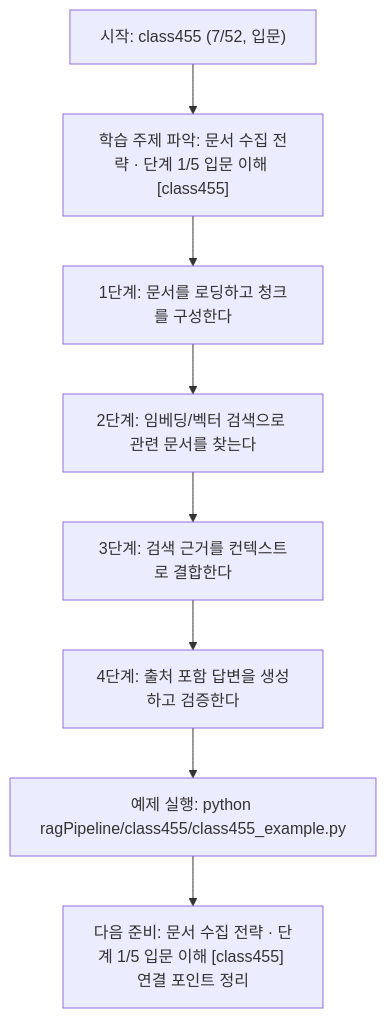
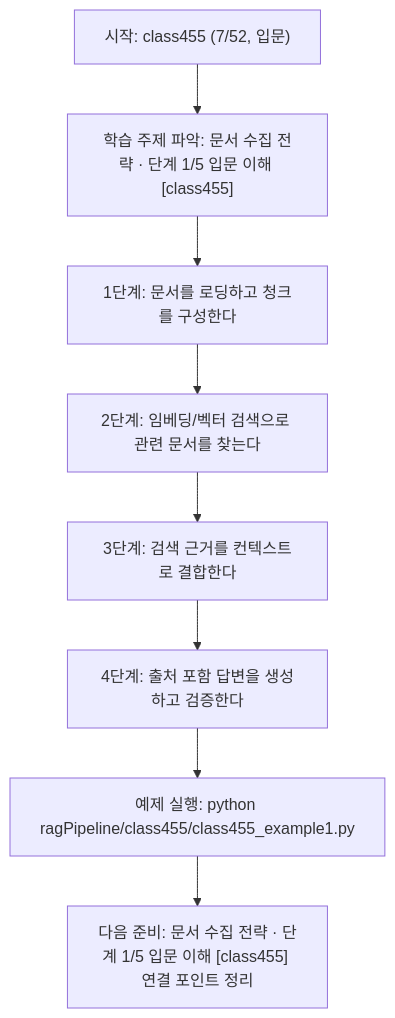
One commit to edumgt/Python-AI_Agent-Class changed the diagram in ragPipeline/class455/class455.md. Above: the diagram before and after it, drawn with Mermaid. The commit also changed other lines of this file and 2959 other files, not shown here.

````diff
--- a/ragPipeline/class455/class455.md
+++ b/ragPipeline/class455/class455.md
@@ -111,18 +111,18 @@
 ```mermaid
 flowchart TD
 N1["시작: class455 (7/52, 입문)"]
 N2["학습 주제 파악: 문서 수집 전략 · 단계 1/5 입문 이해 [class455]"]
 N3["1단계: 문서를 로딩하고 청크를 구성한다"]
 N4["2단계: 임베딩/벡터 검색으로 관련 문서를 찾는다"]
 N5["3단계: 검색 근거를 컨텍스트로 결합한다"]
 N6["4단계: 출처 포함 답변을 생성하고 검증한다"]
-N7["예제 실행: python ragPipeline/class455/class455_example.py"]
+N7["예제 실행: python ragPipeline/class455/class455_example1.py"]
 N8["다음 준비: 문서 수집 전략 · 단계 1/5 입문 이해 [class455] 연결 포인트 정리"]
 N1 --> N2
 N2 --> N3
 N3 --> N4
 N4 --> N5
 N5 --> N6
 N6 --> N7
 N7 --> N8
 ```
````
